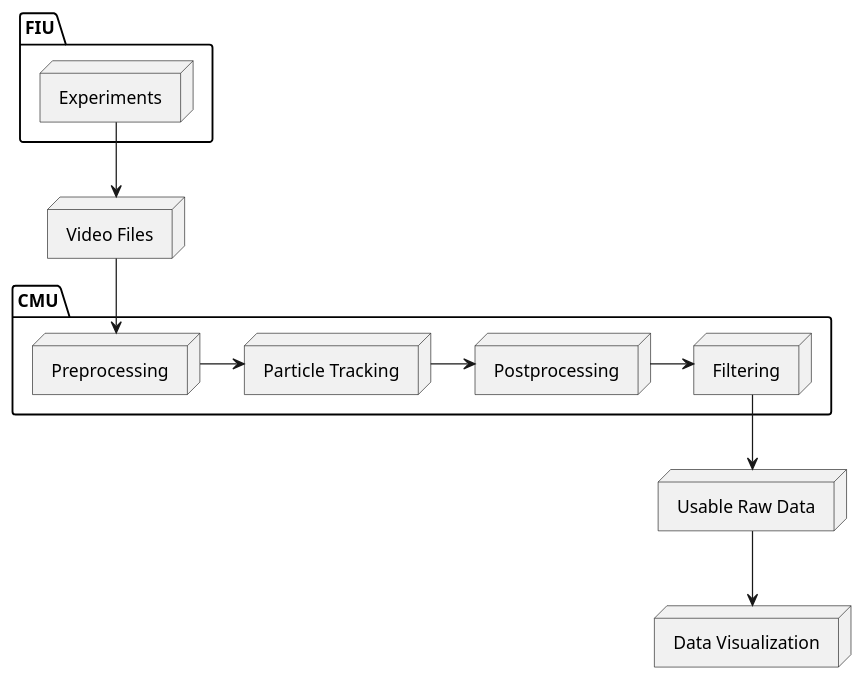
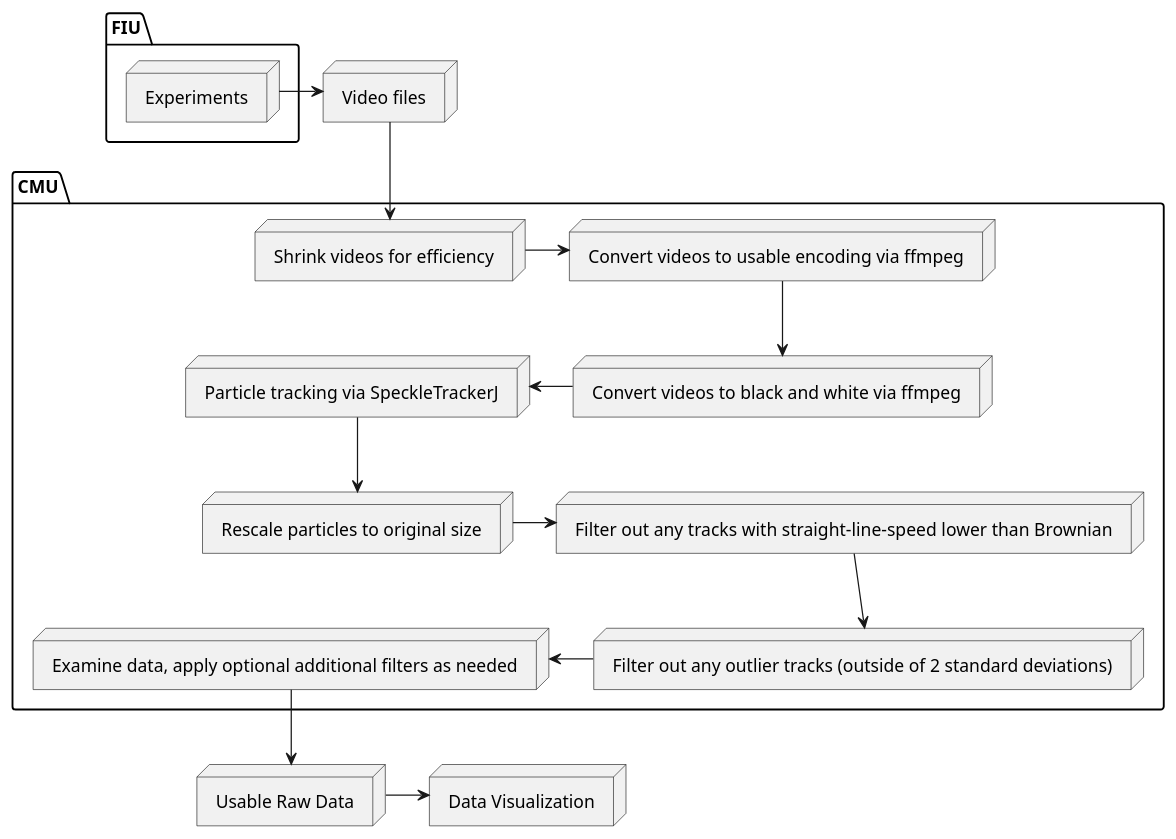
One commit to jorbDehmel/colloid-tracking changed the diagram in docs/revised-workflow.plantuml. Above: the diagram before and after it, drawn with PlantUML.

Commit message:
Fleshed out workflow for pres

```diff
--- a/docs/revised-workflow.plantuml
+++ b/docs/revised-workflow.plantuml
@@ -1,27 +1,36 @@
 @startuml revised-workflow
 
 folder FIU {
-    node "Experiments" as A
+    node "Experiments" as experiments
 }
 
-node "Video Files" as B
+node "Video files" as vidfiles
 
 folder CMU {
-    node "Preprocessing" as C
-    node "Particle Tracking" as D
-    node "Postprocessing" as E
-    node "Filtering" as F
+    node "Shrink videos for efficiency" as shrink
+    node "Convert videos to usable encoding via ffmpeg" as reencode
+    node "Convert videos to black and white via ffmpeg" as bw
+    node "Particle tracking via SpeckleTrackerJ" as tracking
+    node "Rescale particles to original size" as postprocessing
+
+    node "Filter out any tracks with straight-line-speed lower than Brownian" as brownian
+    node "Filter out any outlier tracks (outside of 2 standard deviations)" as outliers
+    node "Examine data, apply optional additional filters as needed" as examine
 }
 
-node "Usable Raw Data" as G
-node "Data Visualization" as H
+node "Usable Raw Data" as rawdata
+node "Data Visualization" as datavis
 
-A --> B
-B --> C
-C -> D
-D -> E
-E -> F
-F --> G
-G --> H
+experiments -> vidfiles
+vidfiles --> shrink
+shrink -> reencode
+reencode --> bw
+tracking <- bw
+tracking --> postprocessing
+postprocessing -> brownian
+brownian --> outliers
+examine <- outliers
+examine --> rawdata
+rawdata -> datavis
 
 @enduml
```
